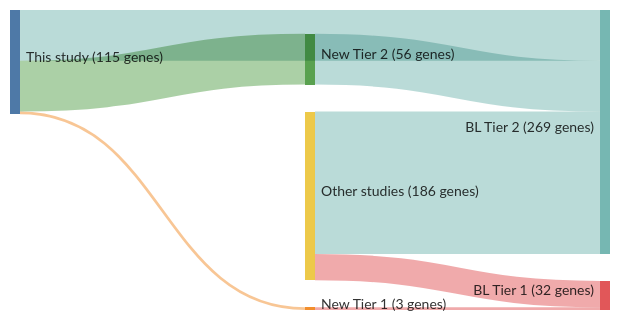
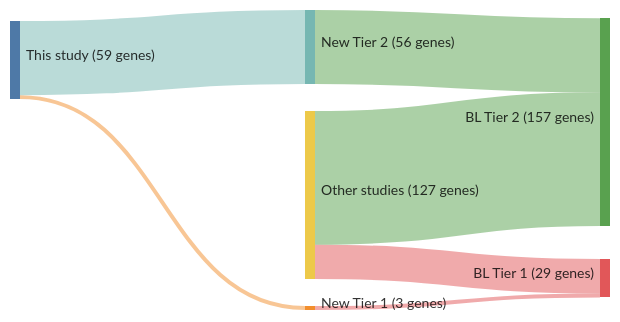
The diagram in papers/loveGeneticLandscapeMutations2012.md (morinlab/lymphopedia), drawn with Mermaid before and after one commit. The commit also changed 81 other files, not shown here.

````diff
--- a/papers/loveGeneticLandscapeMutations2012.md
+++ b/papers/loveGeneticLandscapeMutations2012.md
@@ -12,21 +12,20 @@
 ```mermaid
 ---
 config:
     sankey:
         showValues: true
         linkColor: target
         width: 600
         height: 300
         nodeAlignment: right
         prefix: '('
         suffix: ' genes)'
 ---
 sankey-beta
 This study, New Tier 1, 3
 New Tier 1, BL Tier 1, 3
-This study, BL Tier 2, 56
 This study, New Tier 2, 56
 New Tier 2, BL Tier 2, 56
-Other studies, BL Tier 1, 29
-Other studies, BL Tier 2, 157
+Other studies, BL Tier 1, 26
+Other studies, BL Tier 2, 101
 ```
````
